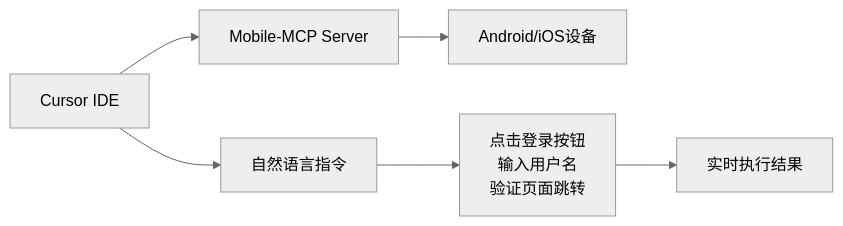
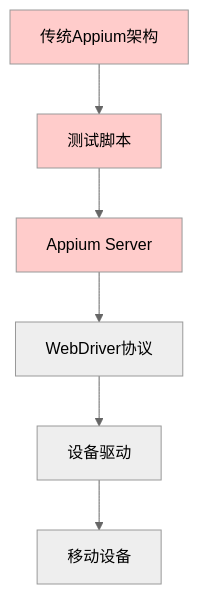
One commit to zhuozp/AI-UI- changed the second of 6 diagrams in Tech.md. Above: the diagram before and after it, drawn with Mermaid (neutral theme). The commit also changed other lines of this file, not shown here.

````diff
--- a/Tech.md
+++ b/Tech.md
@@ -125,8 +137,12 @@
 ```mermaid
-graph LR
-    A[Cursor IDE] --> B[Mobile-MCP Server]
-    B --> C[Android/iOS设备]
-    A --> D[自然语言指令]
-    D --> E["点击登录按钮<br/>输入用户名<br/>验证页面跳转"]
-    E --> F[实时执行结果]
+graph TD
+    A[传统Appium架构] --> B[测试脚本]
+    B --> C[Appium Server]
+    C --> D[WebDriver协议]
+    D --> E[设备驱动]
+    E --> F[移动设备]
+    
+    style A fill:#ffcccb
+    style B fill:#ffcccb
+    style C fill:#ffcccb
 ```
````
